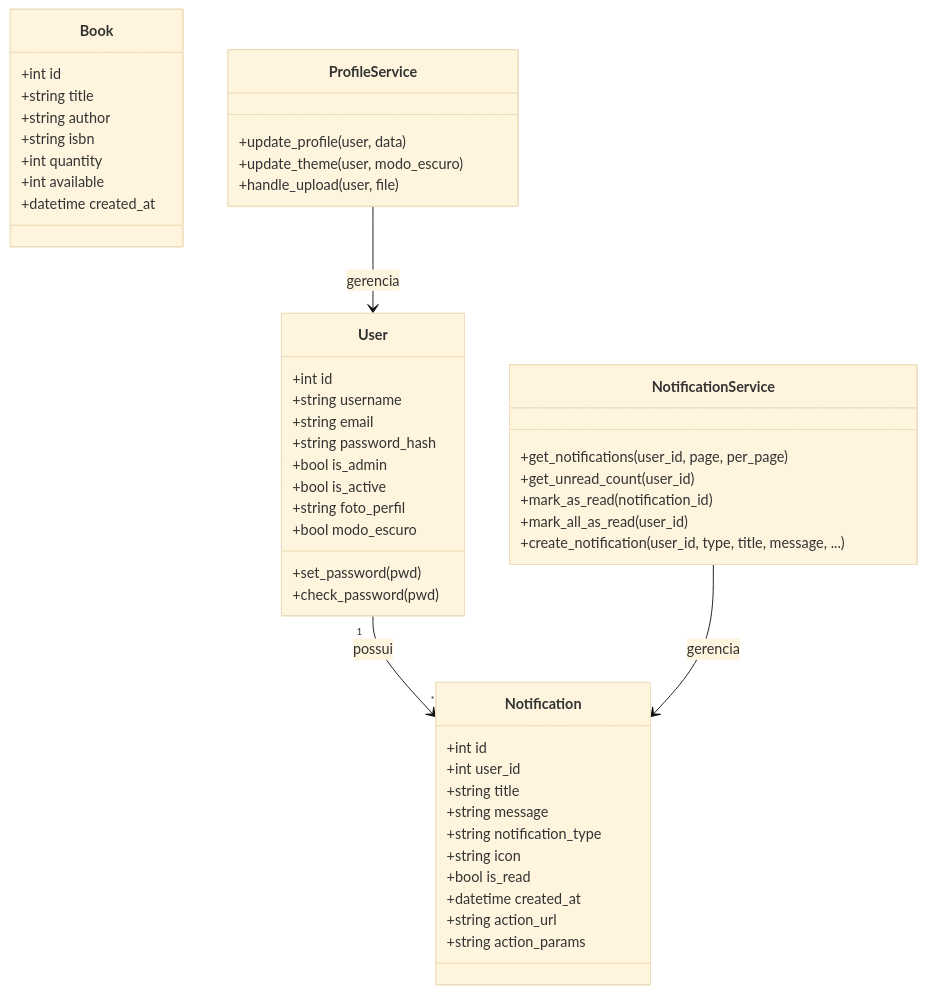
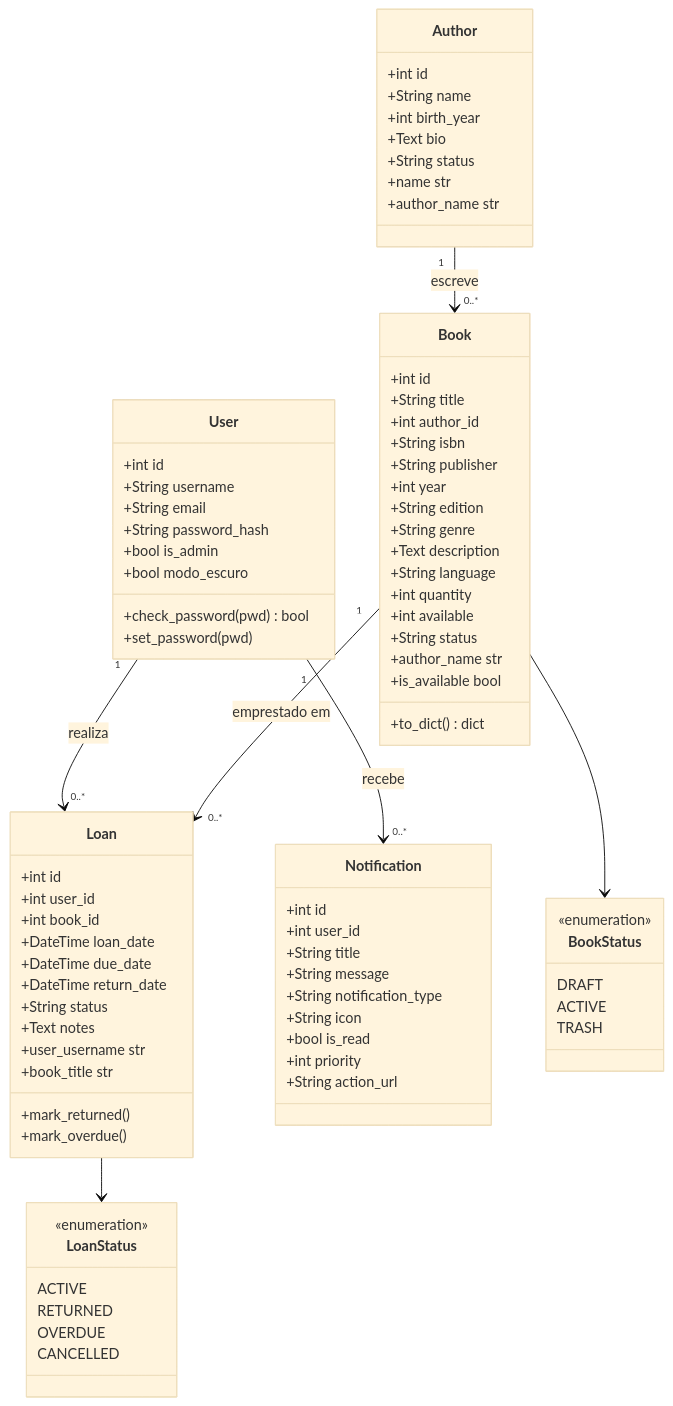
One commit to ChristopherNicolasSMM/PyTeca changed the first of 5 diagrams in README.md. Above: the diagram before and after it, drawn with Mermaid (base theme). The commit also changed other lines of this file and 23 other files, not shown here.

````diff
--- a/README.md
+++ b/README.md
@@ -166,50 +173,90 @@
 classDiagram
     class User {
         +int id
-        +string username
-        +string email
-        +string password_hash
+        +String username
+        +String email
+        +String password_hash
         +bool is_admin
-        +bool is_active
-        +string foto_perfil
         +bool modo_escuro
+        +check_password(pwd) bool
         +set_password(pwd)
-        +check_password(pwd)
     }
+
+    class Author {
+        +int id
+        +String name
+        +int birth_year
+        +Text bio
+        +String status
+        +name str
+        +author_name str
+    }
+
     class Book {
         +int id
-        +string title
-        +string author
-        +string isbn
+        +String title
+        +int author_id
+        +String isbn
+        +String publisher
+        +int year
+        +String edition
+        +String genre
+        +Text description
+        +String language
         +int quantity
         +int available
-        +datetime created_at
+        +String status
+        +author_name str
+        +is_available bool
+        +to_dict() dict
     }
+
+    class Loan {
+        +int id
+        +int user_id
+        +int book_id
+        +DateTime loan_date
+        +DateTime due_date
+        +DateTime return_date
+        +String status
+        +Text notes
+        +user_username str
+        +book_title str
+        +mark_returned()
+        +mark_overdue()
+    }
+
     class Notification {
         +int id
         +int user_id
-        +string title
-        +string message
-        +string notification_type
-        +string icon
+        +String title
+        +String message
+        +String notification_type
+        +String icon
         +bool is_read
-        +datetime created_at
-        +string action_url
-        +string action_params
+        +int priority
+        +String action_url
     }
-    class NotificationService {
-        +get_notifications(user_id, page, per_page)
-        +get_unread_count(user_id)
-        +mark_as_read(notification_id)
-        +mark_all_as_read(user_id)
-        +create_notification(user_id, type, title, message, ...)
+
+    class BookStatus {
+        <<enumeration>>
+        DRAFT
+        ACTIVE
+        TRASH
     }
-    class ProfileService {
-        +update_profile(user, data)
-        +update_theme(user, modo_escuro)
-        +handle_upload(user, file)
+
+    class LoanStatus {
+        <<enumeration>>
+        ACTIVE
+        RETURNED
+        OVERDUE
+        CANCELLED
     }
-    User "1" --> "*" Notification : possui
-    NotificationService --> Notification : gerencia
-    ProfileService --> User : gerencia
+
+    Author "1" --> "0..*" Book : escreve
+    User "1" --> "0..*" Loan : realiza
+    Book "1" --> "0..*" Loan : emprestado em
+    User "1" --> "0..*" Notification : recebe
+    Book --> BookStatus
+    Loan --> LoanStatus
 ```
````
